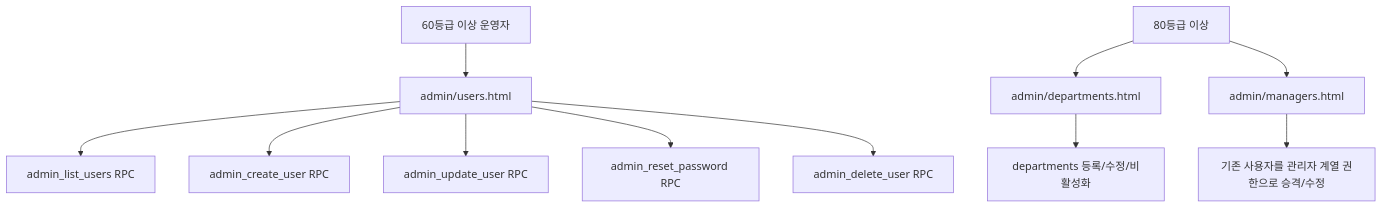
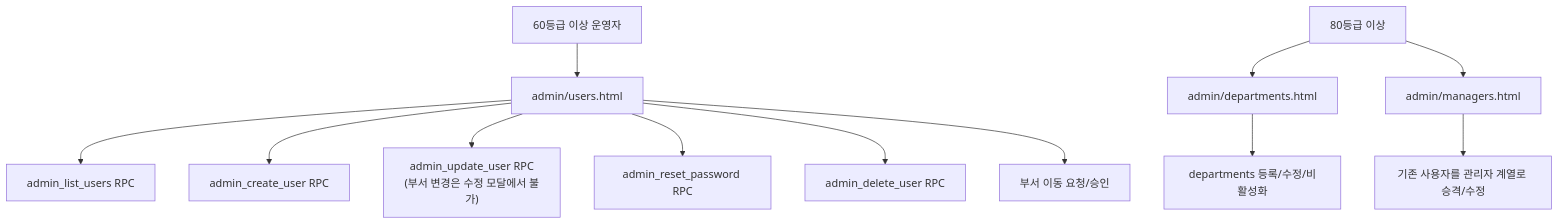
The fifth of 11 diagrams in docs/PROJECT_ARCHITECTURE_FLOW.md (CHO-Talents/CHO-Talents), drawn with Mermaid before and after one commit. The commit also changed other lines of this file and 2 other files, not shown here.

````diff
--- a/docs/PROJECT_ARCHITECTURE_FLOW.md
+++ b/docs/PROJECT_ARCHITECTURE_FLOW.md
@@ -178,15 +209,16 @@
 ```mermaid
 flowchart TD
   Operator["60등급 이상 운영자"] --> Users["admin/users.html"]
   Users --> List["admin_list_users RPC"]
   Users --> Create["admin_create_user RPC"]
-  Users --> Update["admin_update_user RPC"]
+  Users --> Update["admin_update_user RPC<br/>(부서 변경은 수정 모달에서 불가)"]
   Users --> Reset["admin_reset_password RPC"]
   Users --> Delete["admin_delete_user RPC"]
+  Users --> Transfer["부서 이동 요청/승인"]
 
   Chief["80등급 이상"] --> Departments["admin/departments.html"]
   Departments --> DeptCRUD["departments 등록/수정/비활성화"]
 
   Chief --> Managers["admin/managers.html"]
-  Managers --> Promote["기존 사용자를 관리자 계열 권한으로 승격/수정"]
+  Managers --> Promote["기존 사용자를 관리자 계열로 승격/수정"]
 ```
````
